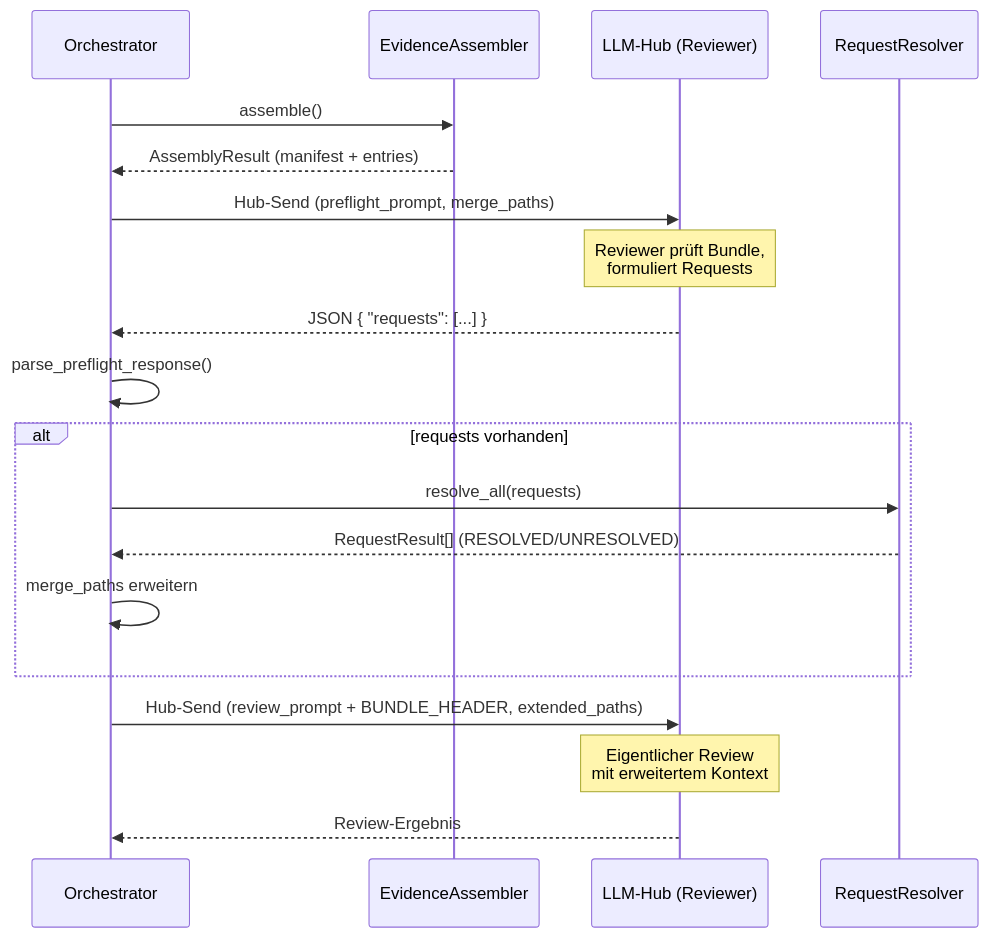
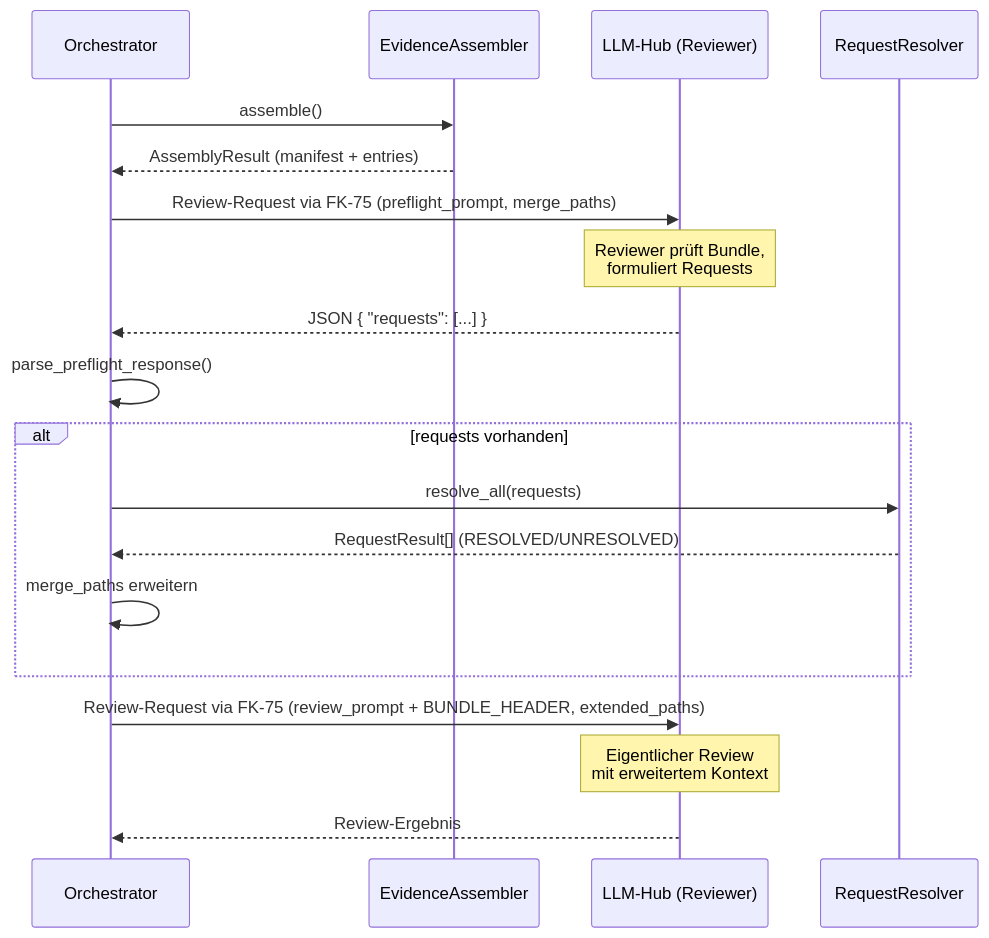
The diagram in concept/technical-design/47_request_dsl_und_preflight_turn.md (saltenhof/claude-agentkit3), drawn with Mermaid before and after one commit. The commit also changed other lines of this file and 16 other files, not shown here.

````diff
--- a/concept/technical-design/47_request_dsl_und_preflight_turn.md
+++ b/concept/technical-design/47_request_dsl_und_preflight_turn.md
@@ -283,25 +283,25 @@
 ```mermaid
 sequenceDiagram
     participant O as Orchestrator
     participant A as EvidenceAssembler
     participant R as LLM-Hub (Reviewer)
     participant RR as RequestResolver
 
     O->>A: assemble()
     A-->>O: AssemblyResult (manifest + entries)
 
-    O->>R: Hub-Send (preflight_prompt, merge_paths)
+    O->>R: Review-Request via FK-75 (preflight_prompt, merge_paths)
     Note over R: Reviewer prüft Bundle,<br/>formuliert Requests
     R-->>O: JSON { "requests": [...] }
 
     O->>O: parse_preflight_response()
     alt requests vorhanden
         O->>RR: resolve_all(requests)
         RR-->>O: RequestResult[] (RESOLVED/UNRESOLVED)
         O->>O: merge_paths erweitern
     end
 
-    O->>R: Hub-Send (review_prompt + BUNDLE_HEADER, extended_paths)
+    O->>R: Review-Request via FK-75 (review_prompt + BUNDLE_HEADER, extended_paths)
     Note over R: Eigentlicher Review<br/>mit erweitertem Kontext
     R-->>O: Review-Ergebnis
 ```
````
